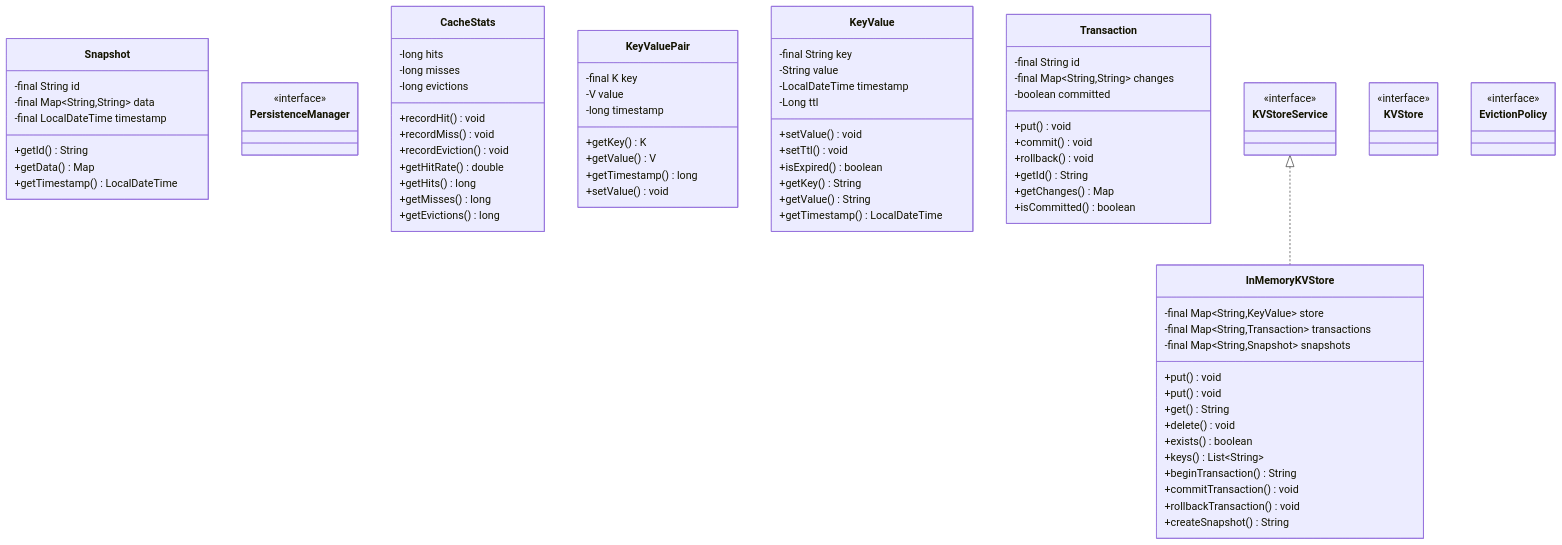
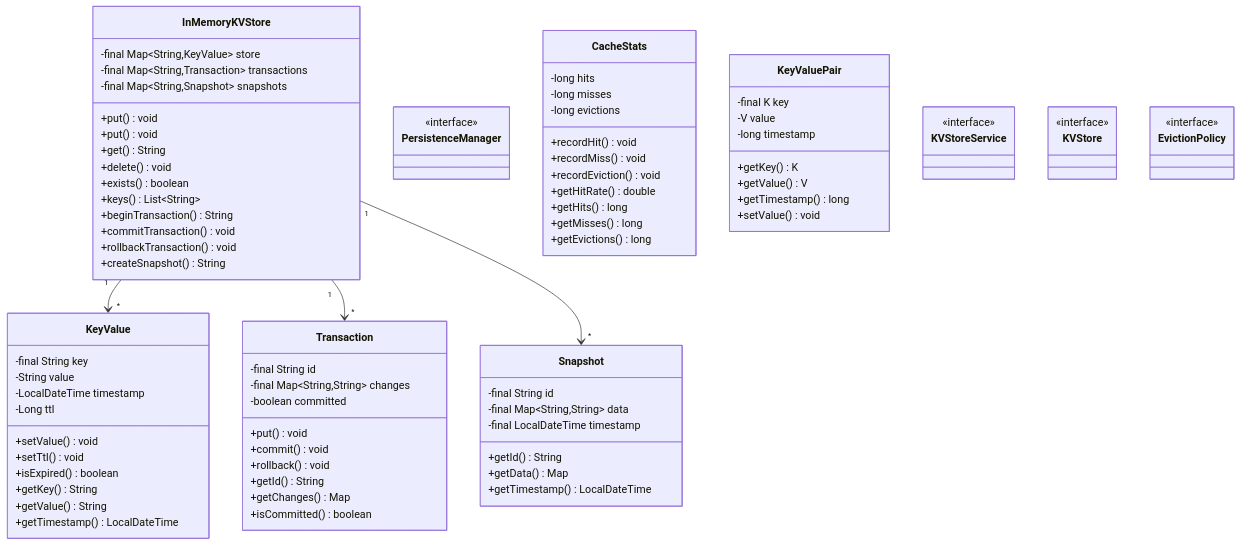
One commit to dlkr18/lld-playbook changed the diagram in docs/problems/kvstore/README.md. Above: the diagram before and after it, drawn with Mermaid. The commit also changed 119 other files, not shown here.

First line of the commit message:
feat: add comprehensive relationships to all class diagrams

````diff
--- a/docs/problems/kvstore/README.md
+++ b/docs/problems/kvstore/README.md
@@ -168,5 +168,7 @@
     class EvictionPolicy
     <<interface>> EvictionPolicy
 
-    KVStoreService <|.. InMemoryKVStore
+    InMemoryKVStore "1" --> "*" KeyValue
+    InMemoryKVStore "1" --> "*" Transaction
+    InMemoryKVStore "1" --> "*" Snapshot
 ```
````
